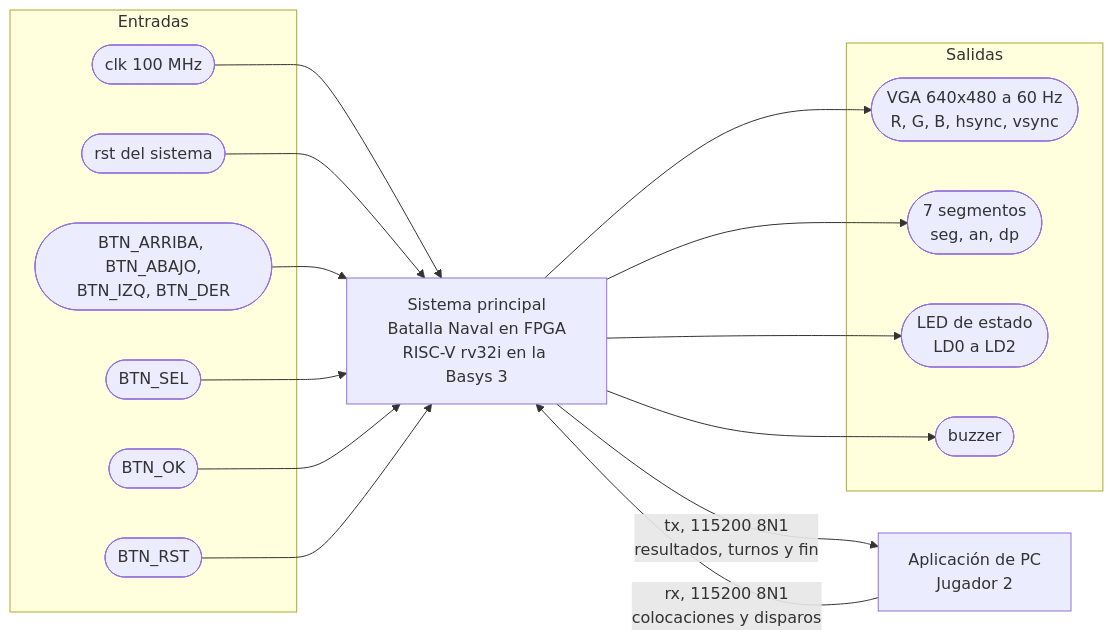
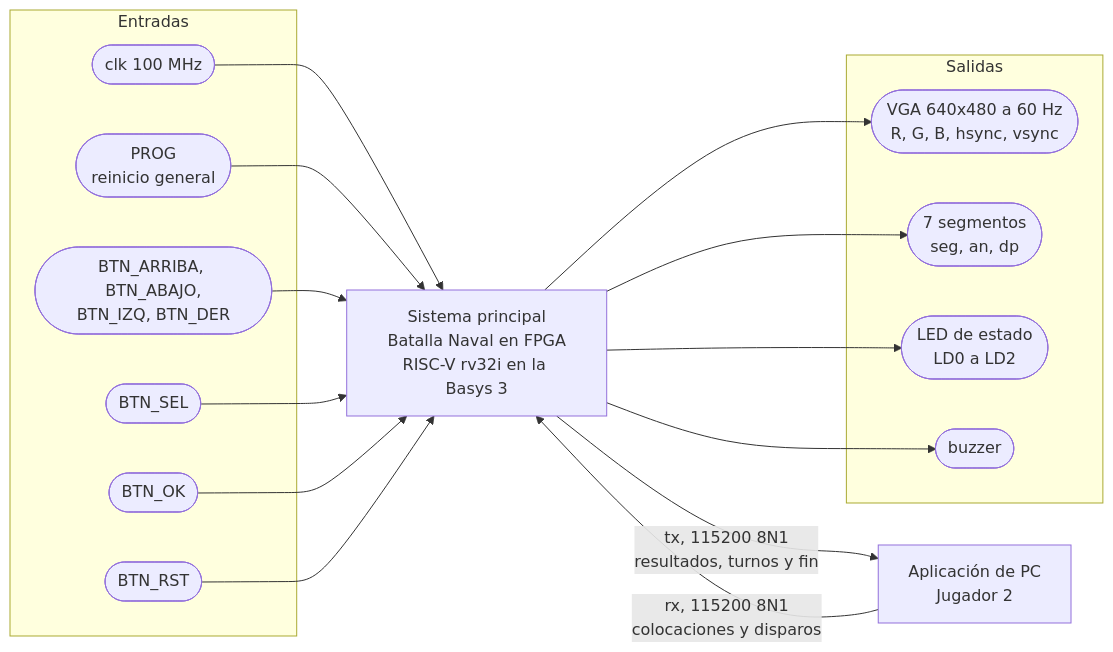
Before and after one commit to Taller-de-diseno-digital-GR01/Proyecto-3-Batalla-Naval: the diagram in docs/diseño/diagramas/nivel01.md, drawn with Mermaid. The commit also changed other lines of this file, not shown here.

Commit message:
nivel01.md con BTN_SEL en btnC, BTN_OK y BTN_RST en switches y PROG de reinicio general

````diff
--- a/docs/diseño/diagramas/nivel01.md
+++ b/docs/diseño/diagramas/nivel01.md
@@ -5,34 +5,34 @@
 ```mermaid
 flowchart LR
     subgraph Entradas
         CLK(["clk 100 MHz"])
-        RST(["rst del sistema"])
+        RST(["PROG<br/>reinicio general"])
         NAV(["BTN_ARRIBA, BTN_ABAJO,<br/>BTN_IZQ, BTN_DER"])
         SEL(["BTN_SEL"])
         OK(["BTN_OK"])
         BRST(["BTN_RST"])
     end
 
     SYS["Sistema principal<br/>Batalla Naval en FPGA<br/>RISC-V rv32i en la Basys 3"]
     PC["Aplicación de PC<br/>Jugador 2"]
 
     subgraph Salidas
         VGA(["VGA 640x480 a 60 Hz<br/>R, G, B, hsync, vsync"])
         DISP(["7 segmentos<br/>seg, an, dp"])
         LED(["LED de estado<br/>LD0 a LD2"])
         BUZ(["buzzer"])
     end
 
     CLK --> SYS
     RST --> SYS
     NAV --> SYS
     SEL --> SYS
     OK --> SYS
     BRST --> SYS
     PC -->|"rx, 115200 8N1<br/>colocaciones y disparos"| SYS
     SYS -->|"tx, 115200 8N1<br/>resultados, turnos y fin"| PC
     SYS --> VGA
     SYS --> DISP
     SYS --> LED
     SYS --> BUZ
 ```
````
